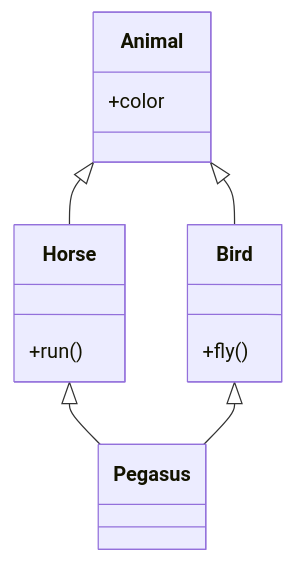
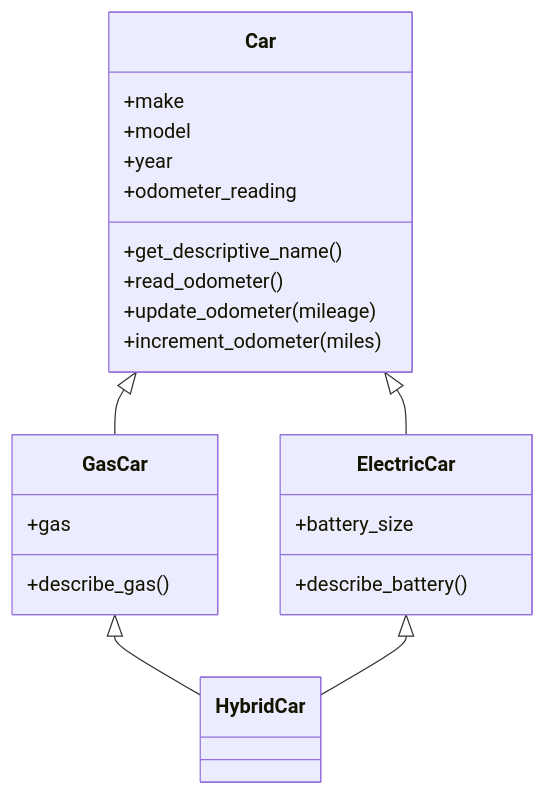
The second of 3 diagrams in c-class/2-特性.md (hughxusu/lesson-py), drawn with Mermaid before and after one commit. The commit also changed other lines of this file, not shown here.

````diff
--- a/c-class/2-特性.md
+++ b/c-class/2-特性.md
@@ -299,16 +245,25 @@
 ```mermaid
 classDiagram
-		Animal <|-- Horse
-		Animal <|-- Bird
-    Horse <|-- Pegasus
-    Bird <|-- Pegasus
-    class Animal {
-    	+color
+    Car <|-- ElectricCar
+    Car <|-- GasCar
+    GasCar <|-- HybridCar
+    ElectricCar <|-- HybridCar
+    class Car {
+    	+make
+    	+model
+    	+year
+    	+odometer_reading
+    	+get_descriptive_name()
+    	+read_odometer()
+    	+update_odometer(mileage)
+    	+increment_odometer(miles)
     }
-    class Horse {
-    	+run()
+    class GasCar {
+      +gas
+      +describe_gas()
     }
-    class Bird {
-    	+fly()
+    class ElectricCar {
+    	+battery_size
+    	+describe_battery()
     }
 ```
````
